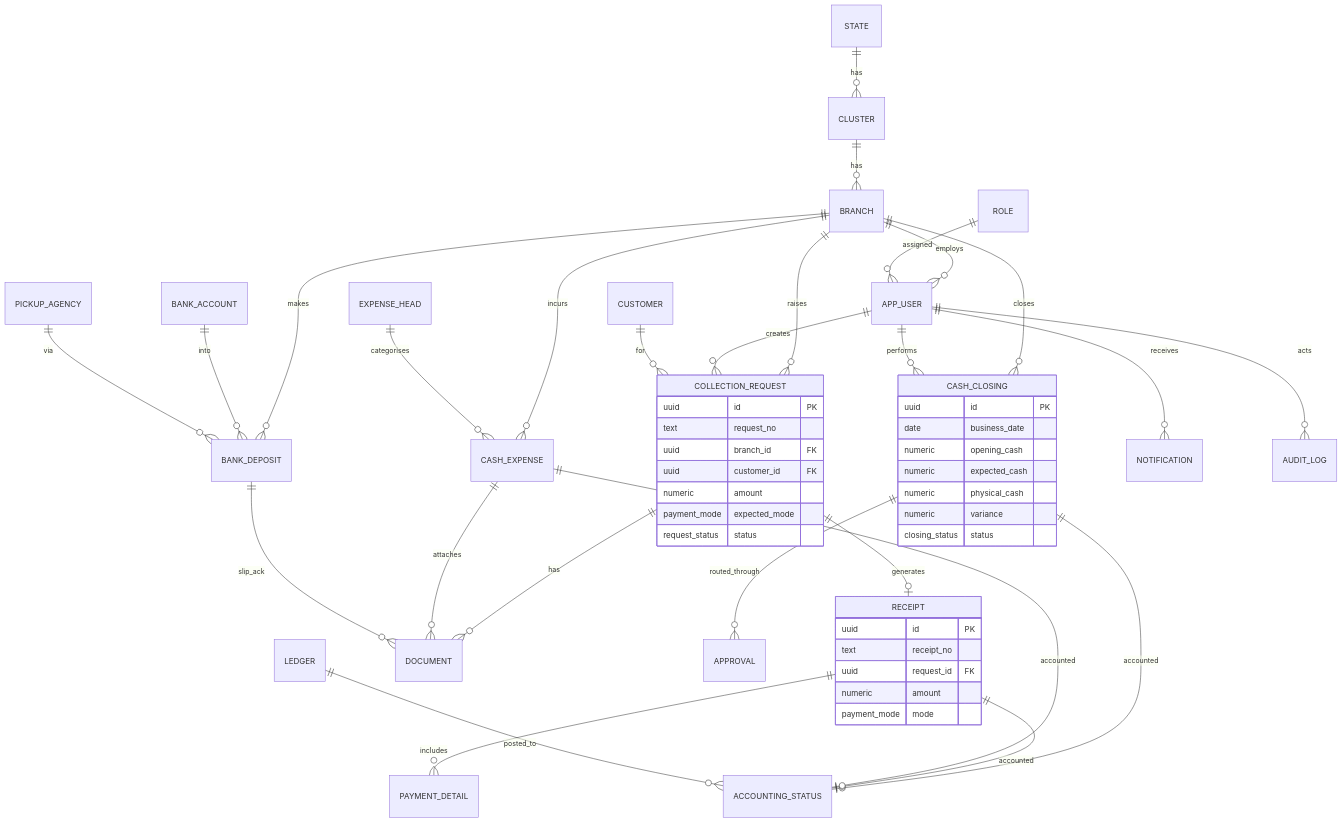
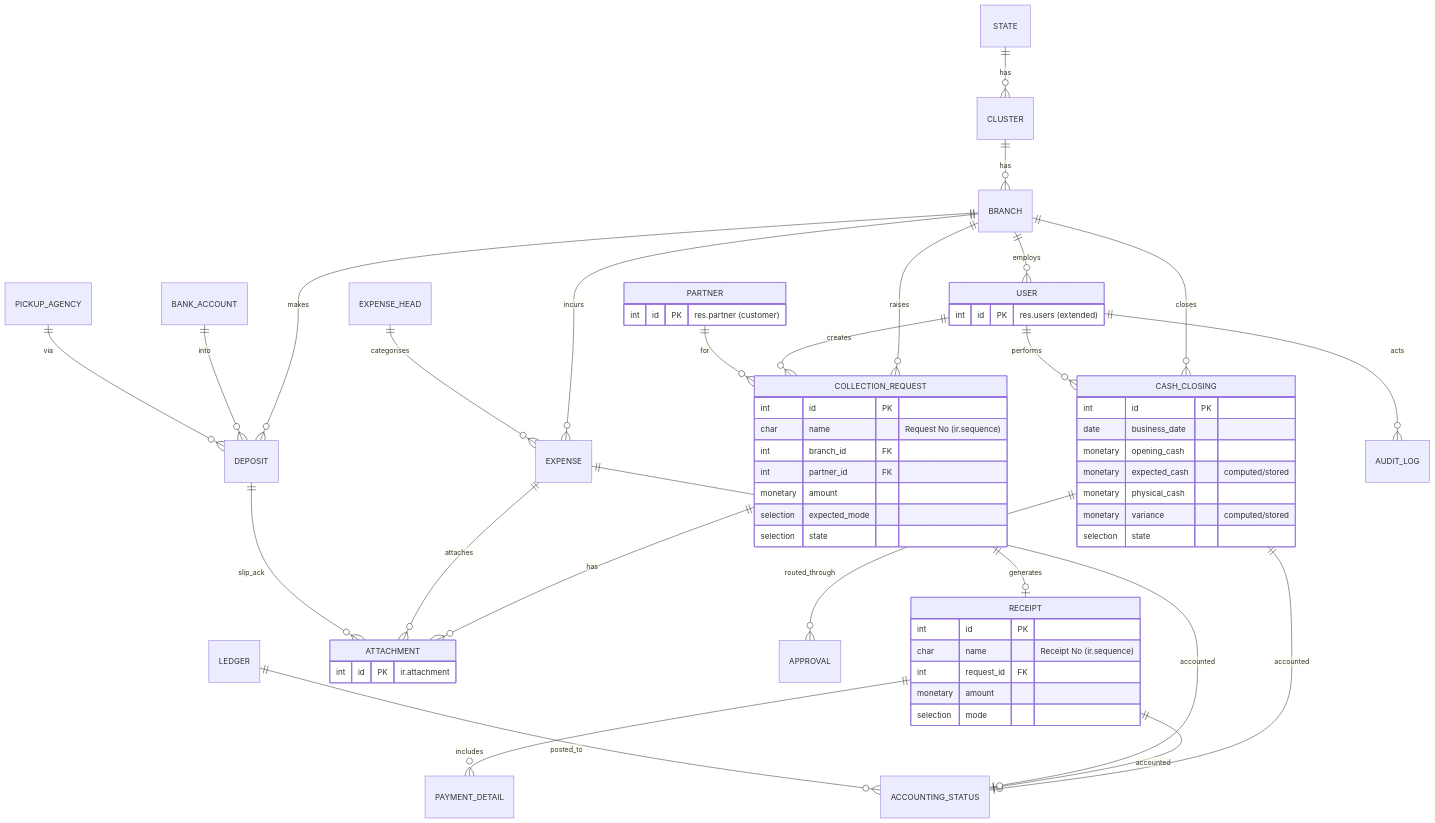
One commit to arunideen/branch-cash-management-system-odoo changed the diagram in docs/diagrams/er-diagram.md. Above: the diagram before and after it, drawn with Mermaid. The commit also changed other lines of this file and 53 other files, not shown here.

````diff
--- a/docs/diagrams/er-diagram.md
+++ b/docs/diagrams/er-diagram.md
@@ -5,55 +5,57 @@
 ```mermaid
 erDiagram
     STATE ||--o{ CLUSTER : has
     CLUSTER ||--o{ BRANCH : has
-    BRANCH ||--o{ APP_USER : employs
-    ROLE ||--o{ APP_USER : assigned
+    BRANCH ||--o{ USER : employs
     BRANCH ||--o{ COLLECTION_REQUEST : raises
-    APP_USER ||--o{ COLLECTION_REQUEST : creates
-    CUSTOMER ||--o{ COLLECTION_REQUEST : for
+    USER ||--o{ COLLECTION_REQUEST : creates
+    PARTNER ||--o{ COLLECTION_REQUEST : for
     COLLECTION_REQUEST ||--o| RECEIPT : generates
-    COLLECTION_REQUEST ||--o{ DOCUMENT : has
+    COLLECTION_REQUEST ||--o{ ATTACHMENT : has
     RECEIPT ||--o{ PAYMENT_DETAIL : includes
-    BRANCH ||--o{ CASH_EXPENSE : incurs
-    EXPENSE_HEAD ||--o{ CASH_EXPENSE : categorises
-    CASH_EXPENSE ||--o{ DOCUMENT : attaches
-    BRANCH ||--o{ BANK_DEPOSIT : makes
-    BANK_ACCOUNT ||--o{ BANK_DEPOSIT : into
-    PICKUP_AGENCY ||--o{ BANK_DEPOSIT : via
-    BANK_DEPOSIT ||--o{ DOCUMENT : slip_ack
+    BRANCH ||--o{ EXPENSE : incurs
+    EXPENSE_HEAD ||--o{ EXPENSE : categorises
+    EXPENSE ||--o{ ATTACHMENT : attaches
+    BRANCH ||--o{ DEPOSIT : makes
+    BANK_ACCOUNT ||--o{ DEPOSIT : into
+    PICKUP_AGENCY ||--o{ DEPOSIT : via
+    DEPOSIT ||--o{ ATTACHMENT : slip_ack
     BRANCH ||--o{ CASH_CLOSING : closes
-    APP_USER ||--o{ CASH_CLOSING : performs
+    USER ||--o{ CASH_CLOSING : performs
     CASH_CLOSING ||--o{ APPROVAL : routed_through
     CASH_CLOSING ||--o| ACCOUNTING_STATUS : accounted
     RECEIPT ||--o| ACCOUNTING_STATUS : accounted
-    CASH_EXPENSE ||--o| ACCOUNTING_STATUS : accounted
+    EXPENSE ||--o| ACCOUNTING_STATUS : accounted
     LEDGER ||--o{ ACCOUNTING_STATUS : posted_to
-    APP_USER ||--o{ NOTIFICATION : receives
-    APP_USER ||--o{ AUDIT_LOG : acts
+    USER ||--o{ AUDIT_LOG : acts
+
+    USER { int id PK "res.users (extended)" }
+    PARTNER { int id PK "res.partner (customer)" }
+    ATTACHMENT { int id PK "ir.attachment" }
 
     COLLECTION_REQUEST {
-      uuid id PK
-      text request_no
-      uuid branch_id FK
-      uuid customer_id FK
-      numeric amount
-      payment_mode expected_mode
-      request_status status
+      int id PK
+      char name "Request No (ir.sequence)"
+      int branch_id FK
+      int partner_id FK
+      monetary amount
+      selection expected_mode
+      selection state
     }
     RECEIPT {
-      uuid id PK
-      text receipt_no
-      uuid request_id FK
-      numeric amount
-      payment_mode mode
+      int id PK
+      char name "Receipt No (ir.sequence)"
+      int request_id FK
+      monetary amount
+      selection mode
     }
     CASH_CLOSING {
-      uuid id PK
+      int id PK
       date business_date
-      numeric opening_cash
-      numeric expected_cash
-      numeric physical_cash
-      numeric variance
-      closing_status status
+      monetary opening_cash
+      monetary expected_cash "computed/stored"
+      monetary physical_cash
+      monetary variance "computed/stored"
+      selection state
     }
 ```
````
